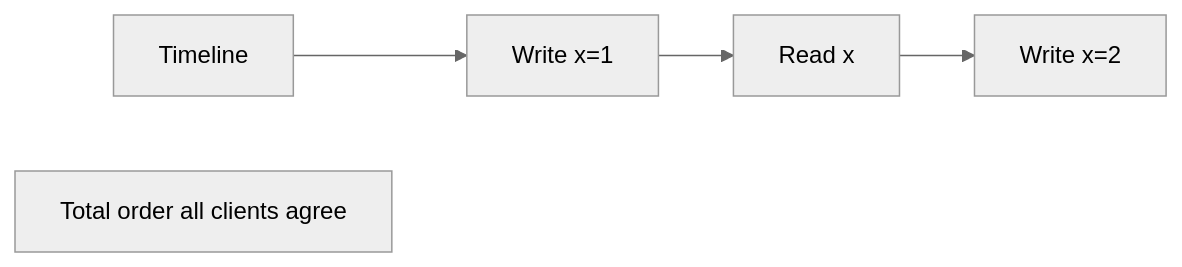
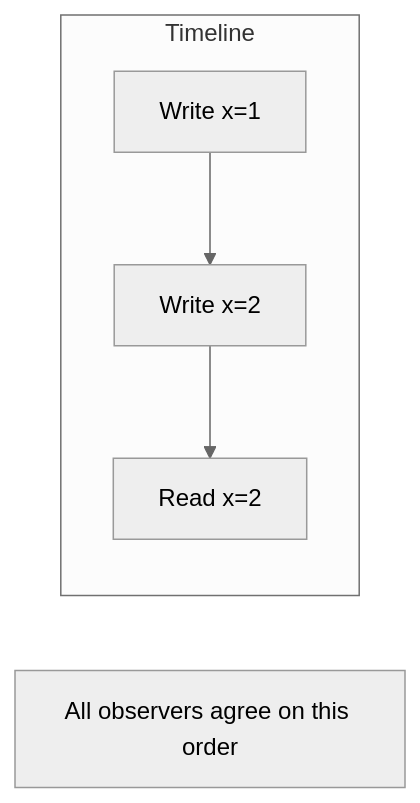
Before and after one commit to hareramcse/SystemDesign: diagram 23 of 27 in 04-distributed-system/README.md, drawn with Mermaid (neutral theme). The commit also changed other lines of this file and 14 other files, not shown here.

````diff
--- a/04-distributed-system/README.md
+++ b/04-distributed-system/README.md
@@ -1044,7 +1552,8 @@
 ```mermaid
 flowchart LR
-    T[Timeline] --> O1[Write x=1]
-    O1 --> O2[Read x]
-    O2 --> O3[Write x=2]
-    Note[Total order all clients agree]
+    subgraph Timeline
+        W1[Write x=1] --> W2[Write x=2]
+        W2 --> R1[Read x=2]
+    end
+    Note[All observers agree on this order]
 ```
````
